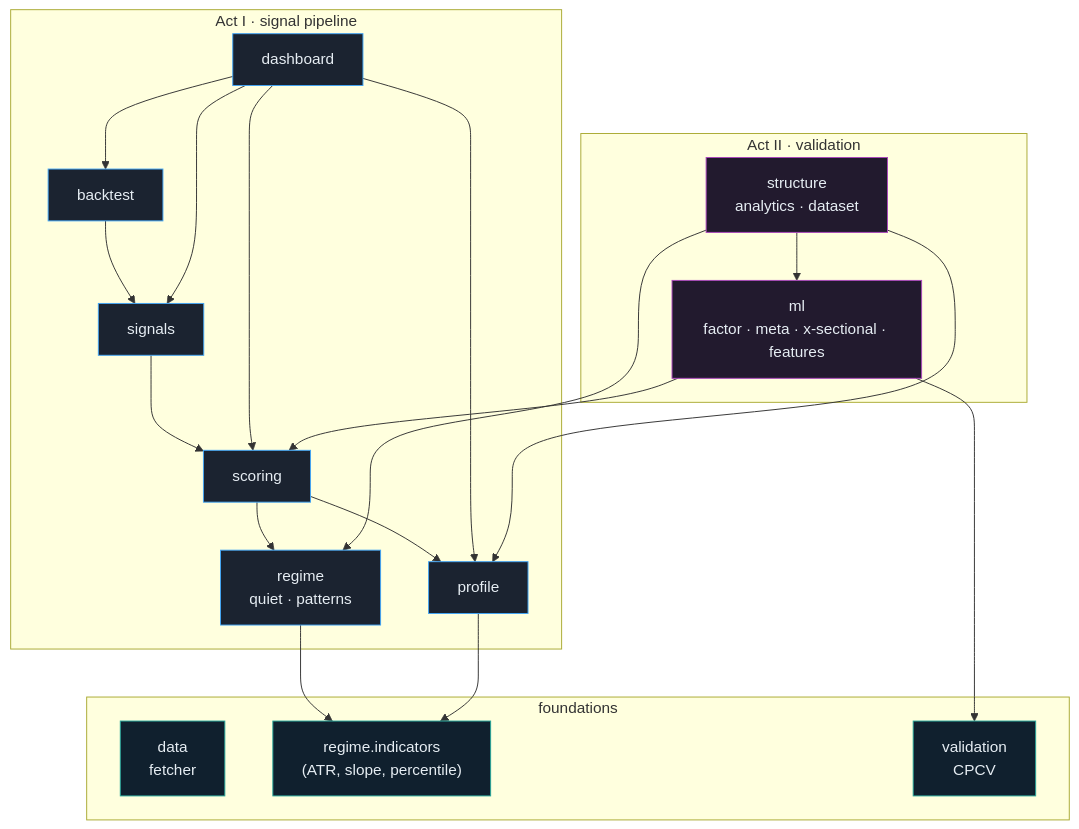
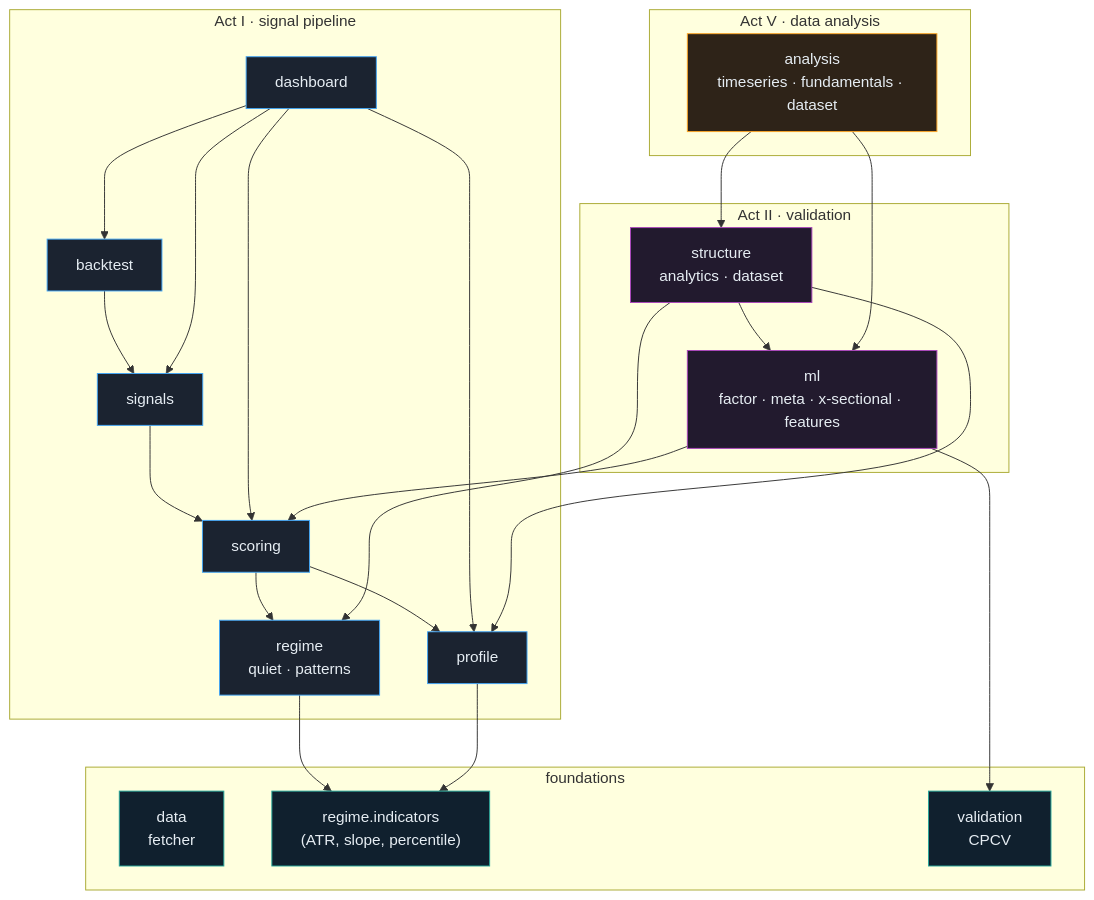
Before and after one commit to t59534916-svg/Impfdireinen: the first of 3 diagrams in docs/ARCHITECTURE.md, drawn with Mermaid. The commit also changed other lines of this file and 14 other files, not shown here.

First line of the commit message:
Act V — vpts.analysis: time-series diagnostics + point-in-time fundamentals

````diff
--- a/docs/ARCHITECTURE.md
+++ b/docs/ARCHITECTURE.md
@@ -33,33 +33,38 @@
 ```mermaid
 flowchart TD
   subgraph found["foundations"]
     DATA["data<br/>fetcher"]
     IND["regime.indicators<br/>(ATR, slope, percentile)"]
     VAL["validation<br/>CPCV"]
   end
   subgraph act1["Act I · signal pipeline"]
     PROF["profile"]
     REG["regime<br/>quiet · patterns"]
     SCORE["scoring"]
     SIG["signals"]
     BT["backtest"]
     DASH["dashboard"]
   end
   subgraph act2["Act II · validation"]
     ML["ml<br/>factor · meta · x-sectional · features"]
     STR["structure<br/>analytics · dataset"]
   end
+  subgraph act5["Act V · data analysis"]
+    ANA["analysis<br/>timeseries · fundamentals · dataset"]
+  end
 
   REG --> IND
   PROF --> IND
   SCORE --> PROF & REG
   SIG --> SCORE
   BT --> SIG
   DASH --> SCORE & SIG & BT & PROF
   ML --> VAL & SCORE
   STR --> PROF & REG & ML
+  ANA --> ML & STR
   classDef f fill:#10202e,stroke:#26a69a,color:#e6edf3;
   classDef a fill:#1b2330,stroke:#42a5f5,color:#e6edf3;
   classDef b fill:#221a2e,stroke:#ab47bc,color:#e6edf3;
-  class DATA,IND,VAL f; class PROF,REG,SCORE,SIG,BT,DASH a; class ML,STR b;
+  classDef e fill:#2e2318,stroke:#ffa726,color:#e6edf3;
+  class DATA,IND,VAL f; class PROF,REG,SCORE,SIG,BT,DASH a; class ML,STR b; class ANA e;
 ```
````
